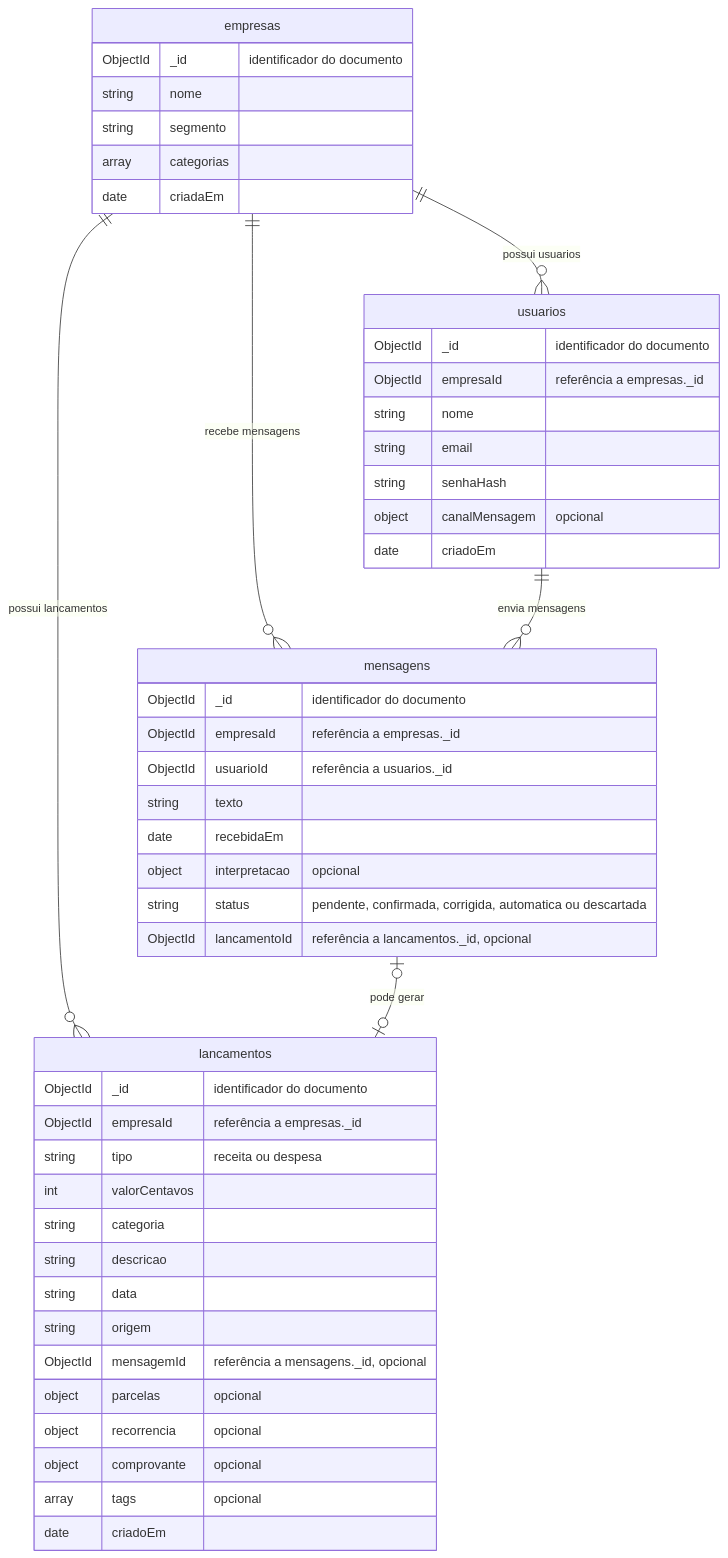
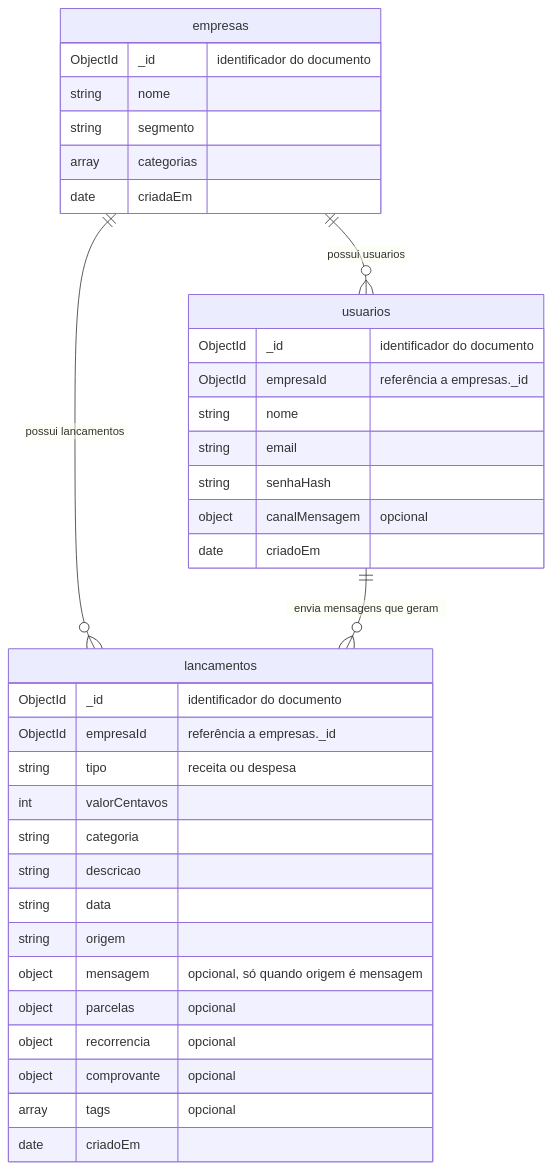
Before and after one commit to Marcuspurobr/Fala_FinBot: the diagram in README.md, drawn with Mermaid. The commit also changed other lines of this file and 3 other files, not shown here.

Commit message:
Junta mensagens em lancamentos (mensagem embutida)

````diff
--- a/README.md
+++ b/README.md
@@ -45,54 +45,41 @@
 ```mermaid
 erDiagram
     empresas ||--o{ usuarios : "possui usuarios"
-    empresas ||--o{ mensagens : "recebe mensagens"
     empresas ||--o{ lancamentos : "possui lancamentos"
-    usuarios ||--o{ mensagens : "envia mensagens"
-    mensagens |o--o| lancamentos : "pode gerar"
+    usuarios ||--o{ lancamentos : "envia mensagens que geram"
 
     empresas {
         ObjectId _id "identificador do documento"
         string nome
         string segmento
         array categorias
         date criadaEm
     }
 
     usuarios {
         ObjectId _id "identificador do documento"
         ObjectId empresaId "referência a empresas._id"
         string nome
         string email
         string senhaHash
         object canalMensagem "opcional"
         date criadoEm
     }
 
-    mensagens {
-        ObjectId _id "identificador do documento"
-        ObjectId empresaId "referência a empresas._id"
-        ObjectId usuarioId "referência a usuarios._id"
-        string texto
-        date recebidaEm
-        object interpretacao "opcional"
-        string status "pendente, confirmada, corrigida, automatica ou descartada"
-        ObjectId lancamentoId "referência a lancamentos._id, opcional"
-    }
-
     lancamentos {
         ObjectId _id "identificador do documento"
         ObjectId empresaId "referência a empresas._id"
         string tipo "receita ou despesa"
         int valorCentavos
         string categoria
         string descricao
         string data
         string origem
-        ObjectId mensagemId "referência a mensagens._id, opcional"
+        object mensagem "opcional, só quando origem é mensagem"
         object parcelas "opcional"
         object recorrencia "opcional"
         object comprovante "opcional"
         array tags "opcional"
         date criadoEm
     }
 ```
````
